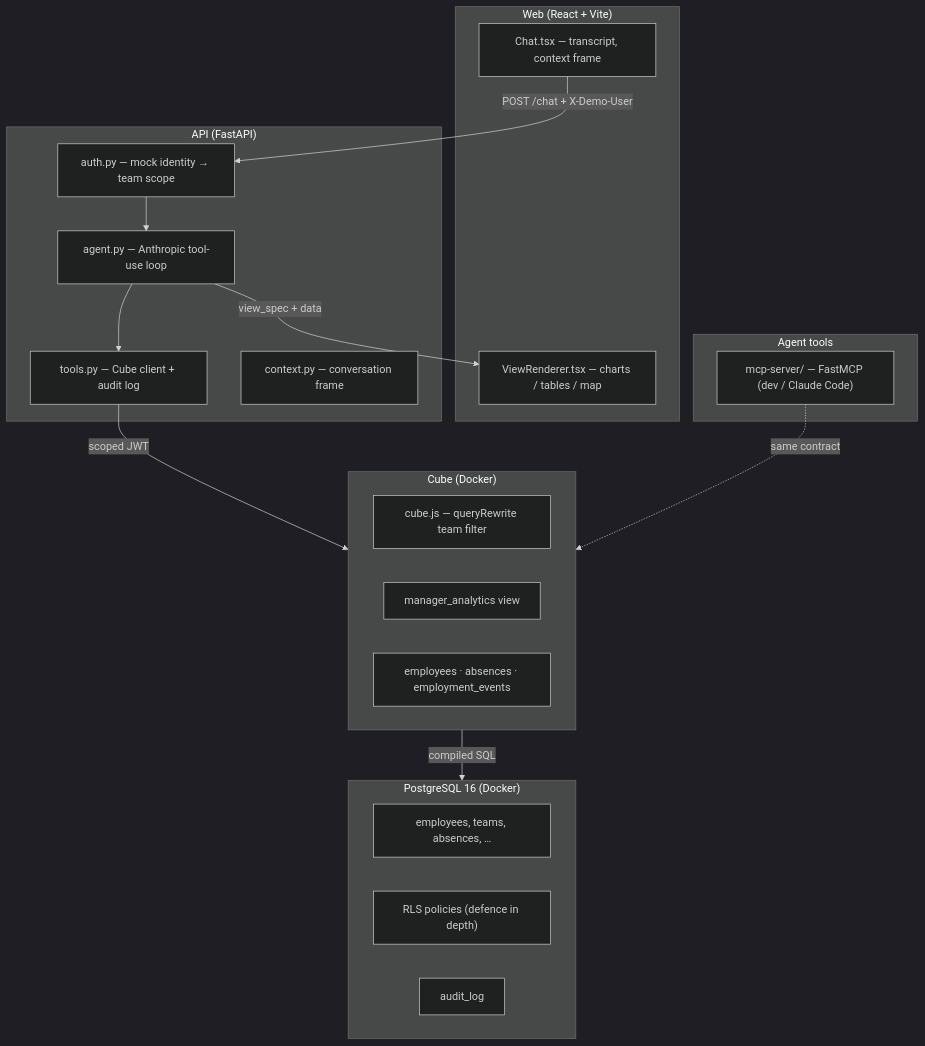
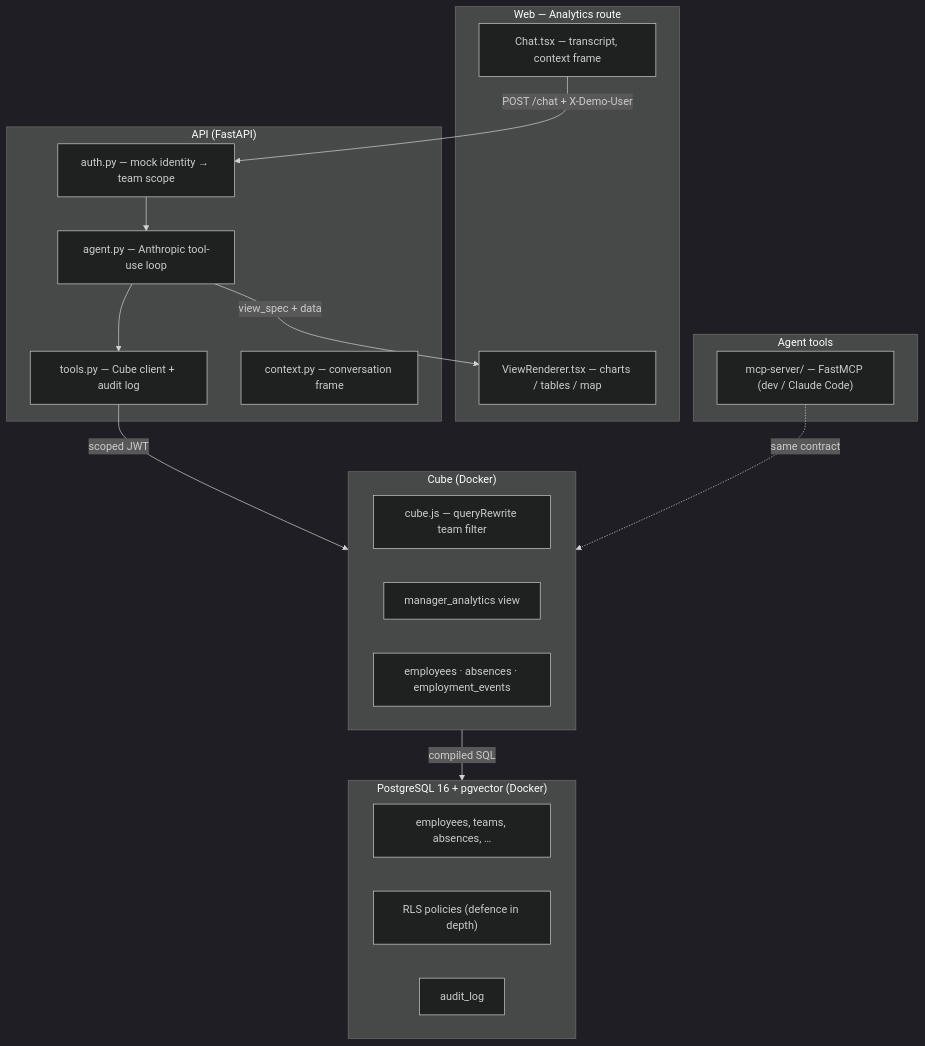
Before and after one commit to EmiRoberti77/hr_manager: the second of 11 diagrams in README.md, drawn with Mermaid (dark theme). The commit also changed other lines of this file, not shown here.

````diff
--- a/README.md
+++ b/README.md
@@ -28,38 +67,38 @@
 ```mermaid
 flowchart TB
-    subgraph UI["Web (React + Vite)"]
+    subgraph UI["Web — Analytics route"]
         Chat["Chat.tsx — transcript, context frame"]
         VR["ViewRenderer.tsx — charts / tables / map"]
     end
 
     subgraph API["API (FastAPI)"]
         Auth["auth.py — mock identity → team scope"]
         Agent["agent.py — Anthropic tool-use loop"]
         Tools["tools.py — Cube client + audit log"]
         Ctx["context.py — conversation frame"]
     end
 
     subgraph AgentLayer["Agent tools"]
         MCP["mcp-server/ — FastMCP (dev / Claude Code)"]
     end
 
     subgraph Semantic["Cube (Docker)"]
         QR["cube.js — queryRewrite team filter"]
         View["manager_analytics view"]
         Cubes["employees · absences · employment_events"]
     end
 
-    subgraph Data["PostgreSQL 16 (Docker)"]
+    subgraph Data["PostgreSQL 16 + pgvector (Docker)"]
         Tables["employees, teams, absences, …"]
         RLS["RLS policies (defence in depth)"]
         Audit["audit_log"]
     end
 
   Chat -->|POST /chat + X-Demo-User| Auth
   Auth --> Agent
   Agent --> Tools
   Tools -->|scoped JWT| Semantic
   Semantic -->|compiled SQL| Data
   Agent -->|view_spec + data| VR
   MCP -.->|same contract| Semantic
 ```
````
